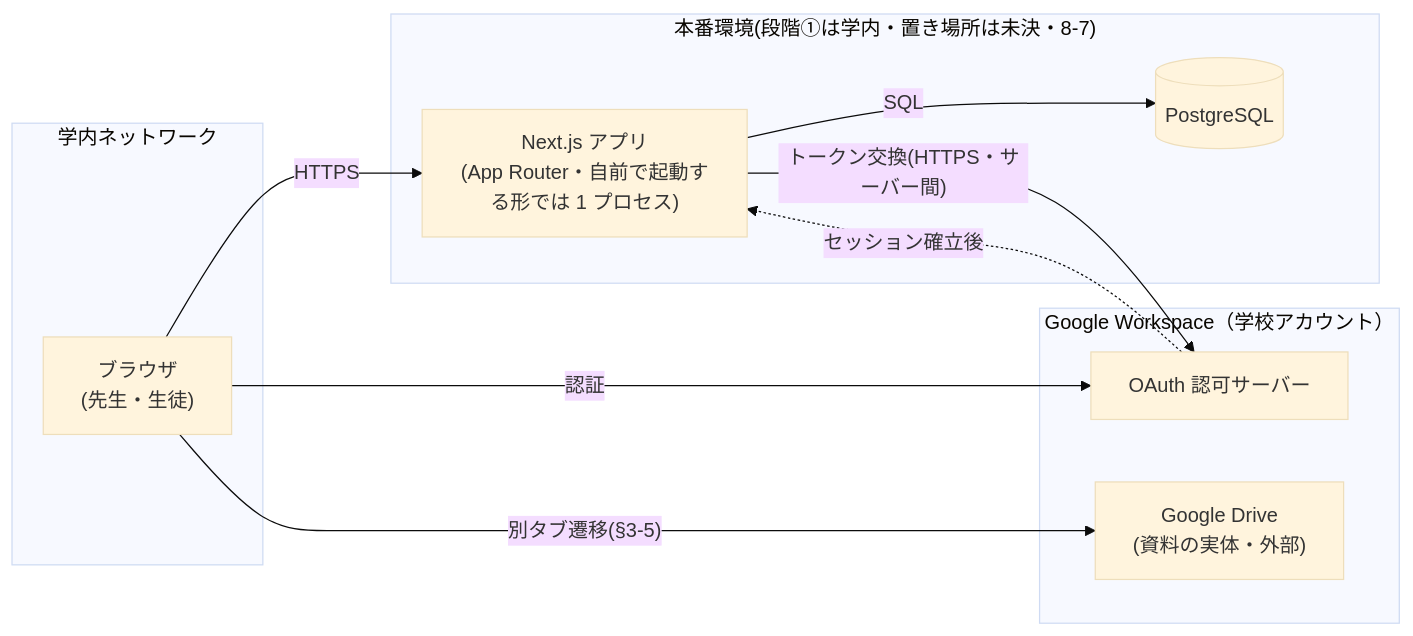
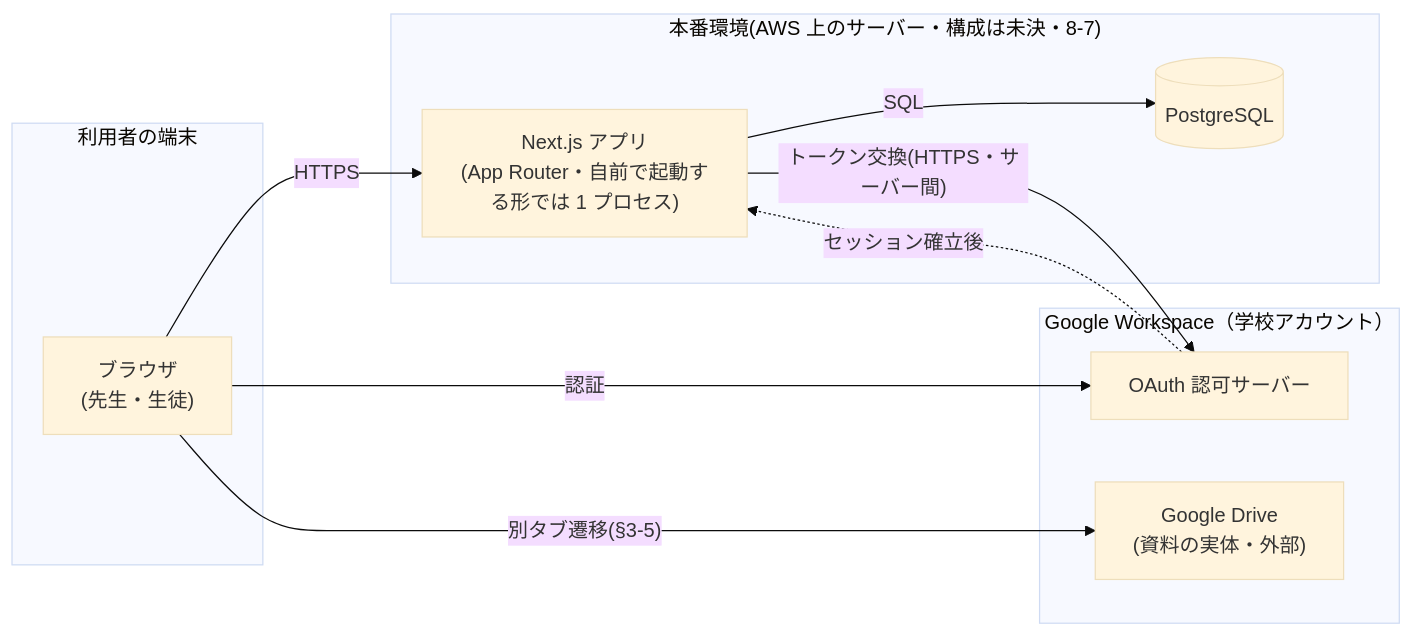
The first of 2 diagrams in docs/design/08-architecture.md (250158hj-maker/yse_compass), drawn with Mermaid (base theme) before and after one commit. The commit also changed other lines of this file and 4 other files, not shown here.

First line of the commit message:
docs: 08-architecture の 8-7（デプロイ構成）を、AWS に合わせて書き直す

````diff
--- a/docs/design/08-architecture.md
+++ b/docs/design/08-architecture.md
@@ -58,23 +58,23 @@
 ```mermaid
 flowchart LR
-    subgraph 学内ネットワーク
+    subgraph 利用者の端末
         Browser["ブラウザ<br/>(先生・生徒)"]
     end
 
-    subgraph "本番環境(段階①は学内・置き場所は未決・8-7)"
+    subgraph "本番環境(AWS 上のサーバー・構成は未決・8-7)"
         App["Next.js アプリ<br/>(App Router・自前で起動する形では 1 プロセス)"]
         DB[("PostgreSQL")]
     end
 
     subgraph Google["Google Workspace（学校アカウント）"]
         OAuth["OAuth 認可サーバー"]
         Drive["Google Drive<br/>(資料の実体・外部)"]
     end
 
     Browser -- "HTTPS" --> App
     App -- "SQL" --> DB
     Browser -- "認証" --> OAuth
     App -- "トークン交換(HTTPS・サーバー間)" --> OAuth
     OAuth -. "セッション確立後" .-> App
     Browser -- "別タブ遷移(§3-5)" --> Drive
 ```
````
